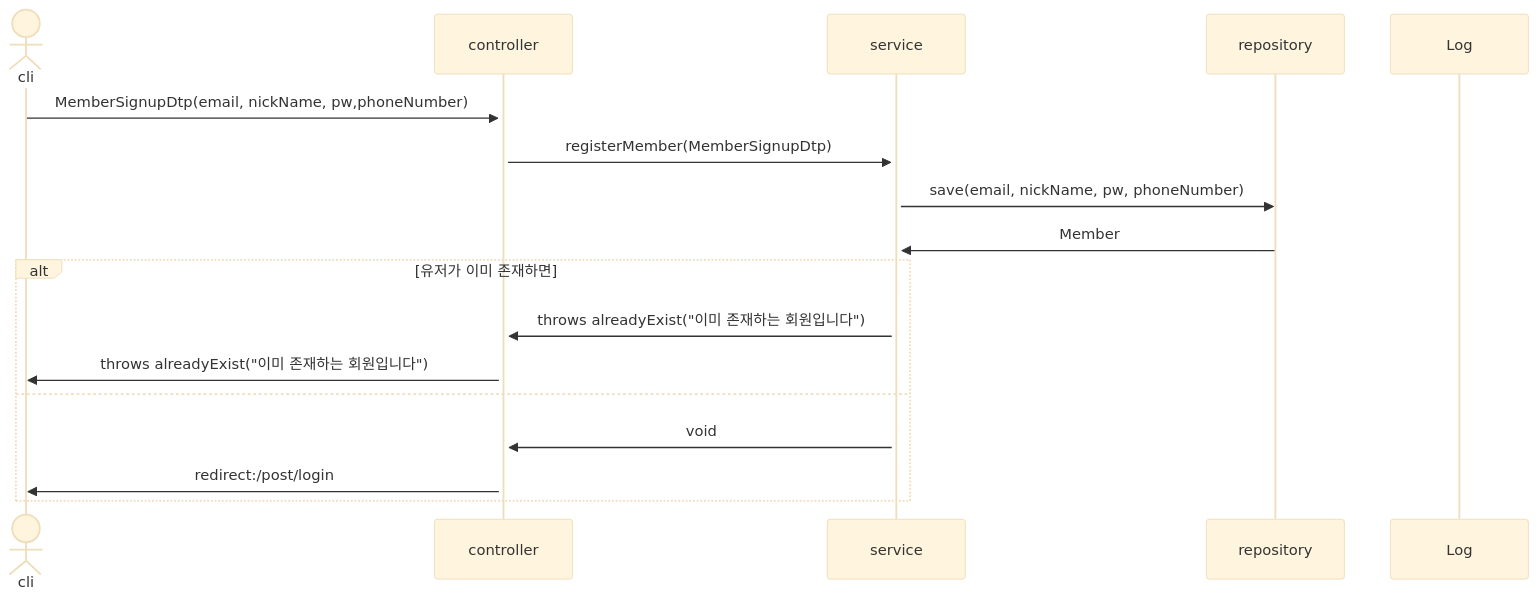
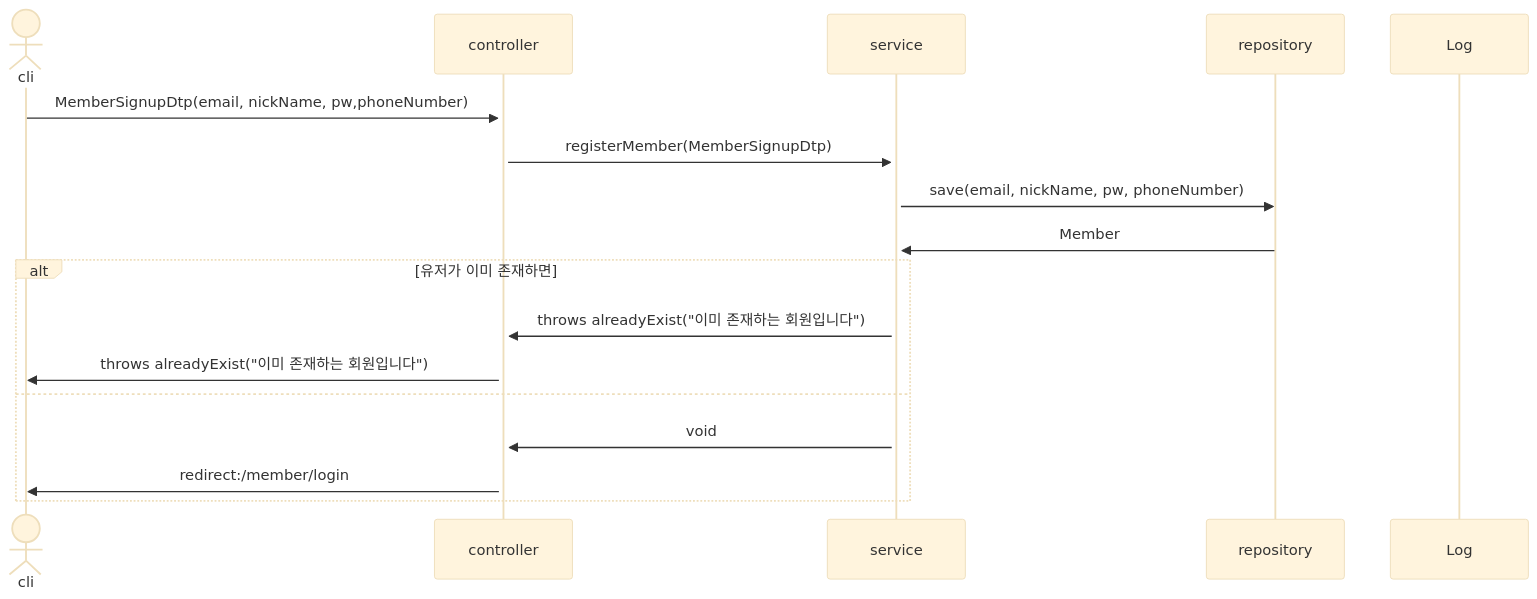
Before and after one commit to mtak0235/snsX: the third of 28 diagrams in sequence.md, drawn with Mermaid (base theme). The commit also changed other lines of this file, not shown here.

Commit message:
update Member Upload

````diff
--- a/sequence.md
+++ b/sequence.md
@@ -43,21 +43,21 @@
 ```mermaid
 sequenceDiagram
 actor cli
 participant c as controller
 participant s as service
 participant r as repository
 participant l as Log
 
 cli->>+c: MemberSignupDtp(email, nickName, pw,phoneNumber)
 c->>+s: registerMember(MemberSignupDtp)
 s->>r: save(email, nickName, pw, phoneNumber)
 r->>s: Member
 alt 유저가 이미 존재하면
 s->>c: throws alreadyExist("이미 존재하는 회원입니다")
 c->>cli: throws alreadyExist("이미 존재하는 회원입니다")
 else
 s->>c: void
-c->>cli: redirect:/post/login
+c->>cli: redirect:/member/login
 end
 
 ```
````
